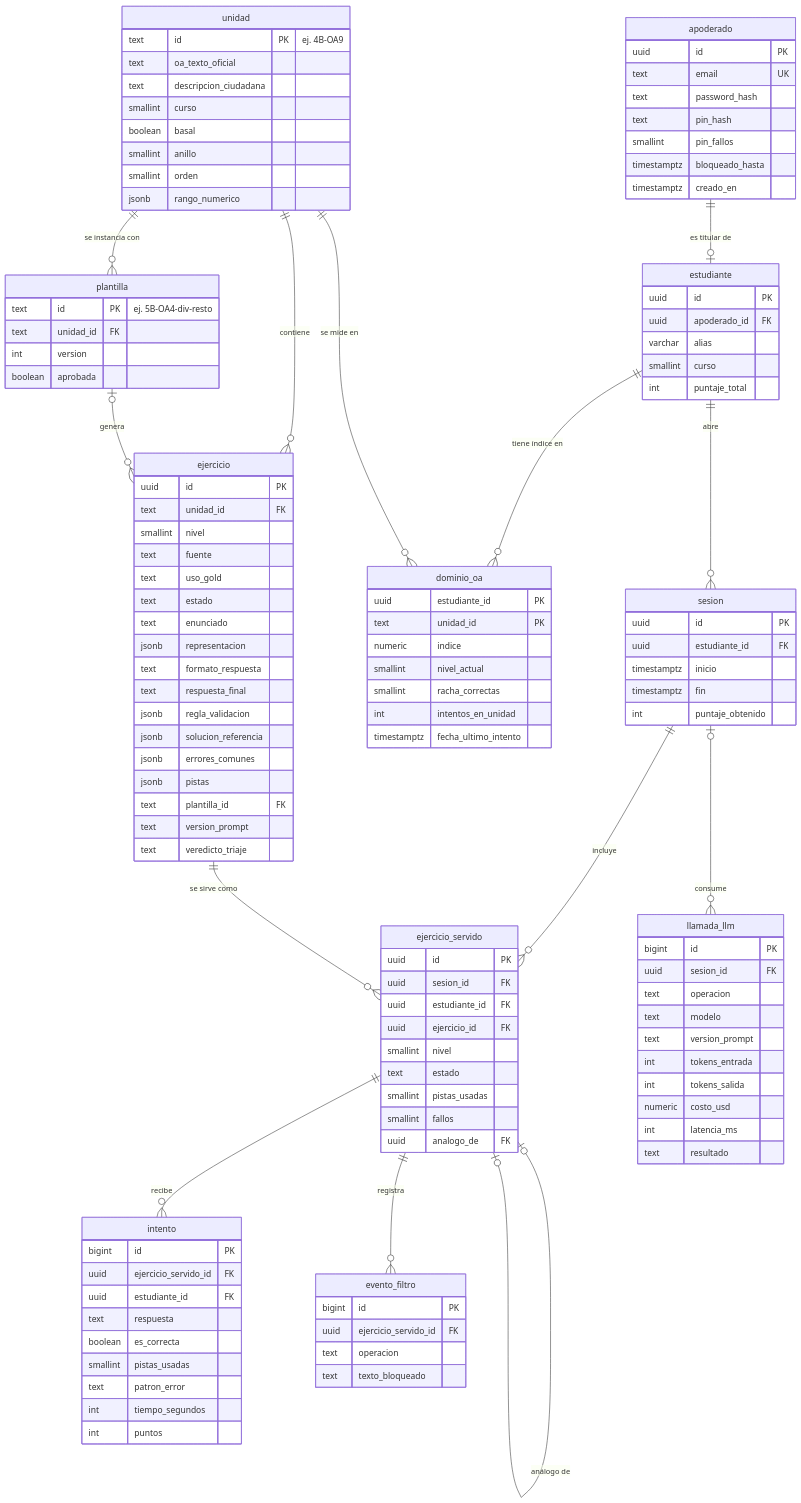
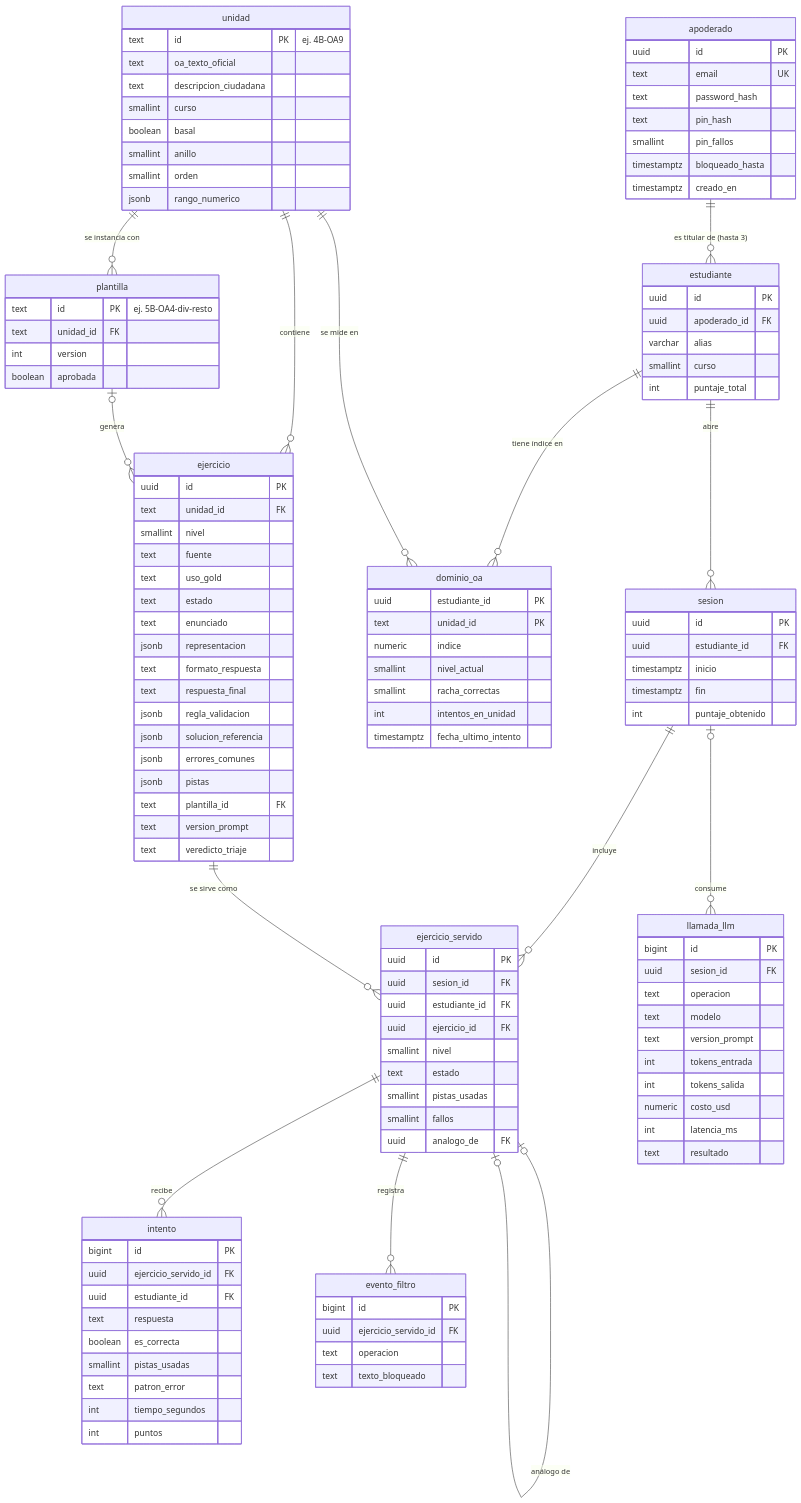
Before and after one commit to IvanDiazAndrade/tutor_inteligente: the diagram in docs/modelo_base_datos.md, drawn with Mermaid. The commit also changed other lines of this file and 36 other files, not shown here.

````diff
--- a/docs/modelo_base_datos.md
+++ b/docs/modelo_base_datos.md
@@ -24,6 +24,6 @@
 ```mermaid
 erDiagram
-    apoderado ||--o| estudiante : "es titular de"
+    apoderado ||--o{ estudiante : "es titular de (hasta 3)"
     estudiante ||--o{ sesion : "abre"
     estudiante ||--o{ dominio_oa : "tiene índice en"
     unidad ||--o{ dominio_oa : "se mide en"
````
